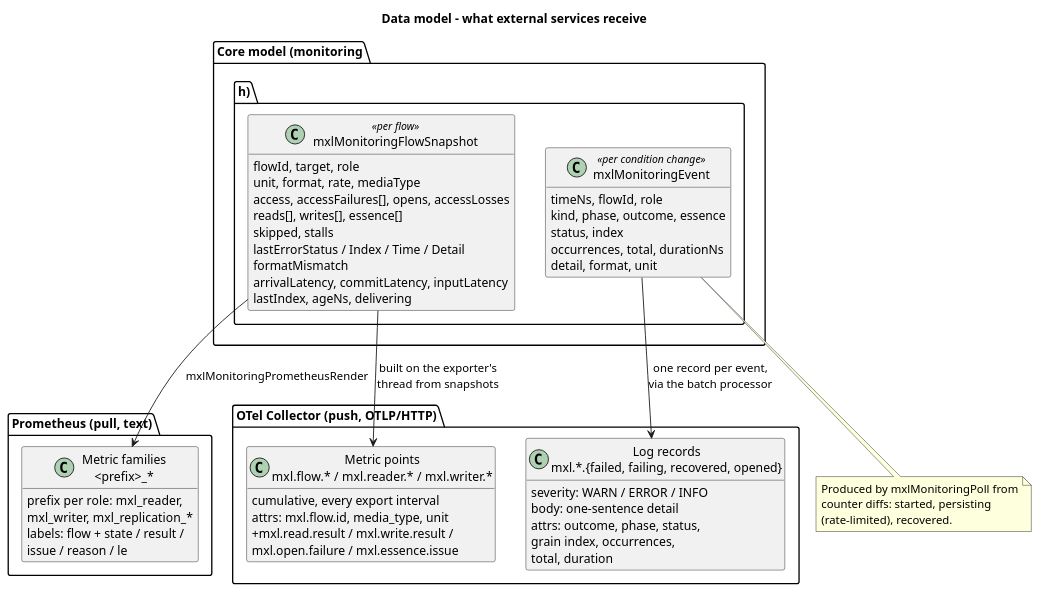
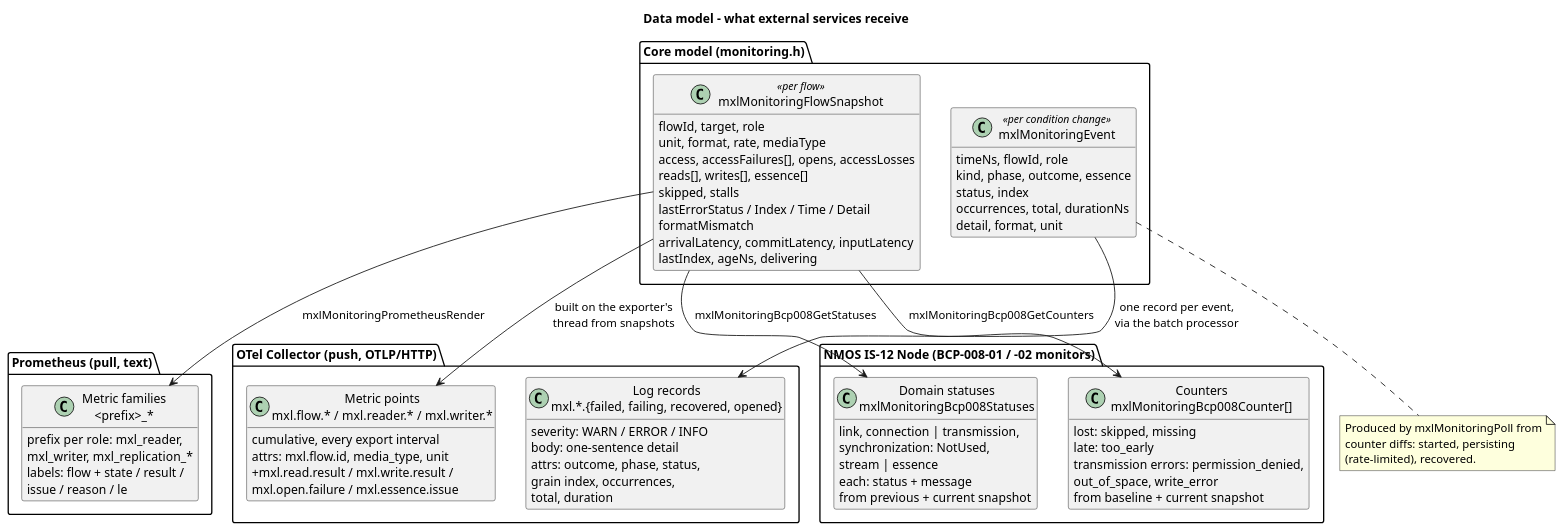
One commit to marquies/libmxl-monitoring changed the diagram in docs/data-model.puml. Above: the diagram before and after it, drawn with PlantUML. The commit also changed 1 other file, not shown here.

Commit message:
docs: show the NMOS export in the data model
The data model listed Prometheus and OTLP as what leaves the process,
but bcp008.h hands an IS-12 Node a third shape built from the same
snapshots: the BCP-008-01 and BCP-008-02 domain statuses, judged on two
snapshots of one flow, and the lost, late and transmission error
counters, counted from a baseline. The section and the diagram name
each monitor property and counter with its snapshot source, and what
stays with the Node.

The diagram no longer splits the core model package at the dot of its
header name.

```diff
--- a/docs/data-model.puml
+++ b/docs/data-model.puml
@@ -1,61 +1,81 @@
 @startuml
 title Data model - what external services receive
 skinparam classAttributeIconSize 0
+set separator none
 hide empty methods
 
 package "Core model (monitoring.h)" {
   class mxlMonitoringFlowSnapshot <<per flow>> {
     flowId, target, role
     unit, format, rate, mediaType
     access, accessFailures[], opens, accessLosses
     reads[], writes[], essence[]
     skipped, stalls
     lastErrorStatus / Index / Time / Detail
     formatMismatch
     arrivalLatency, commitLatency, inputLatency
     lastIndex, ageNs, delivering
   }
   class mxlMonitoringEvent <<per condition change>> {
     timeNs, flowId, role
     kind, phase, outcome, essence
     status, index
     occurrences, total, durationNs
     detail, format, unit
   }
 }
 
 package "Prometheus (pull, text)" {
   class "Metric families\n<prefix>_*" as Prom {
     prefix per role: mxl_reader,
     mxl_writer, mxl_replication_*
     labels: flow + state / result /
     issue / reason / le
   }
 }
 
 package "OTel Collector (push, OTLP/HTTP)" {
   class "Metric points\nmxl.flow.* / mxl.reader.* / mxl.writer.*" as OtlpM {
     cumulative, every export interval
     attrs: mxl.flow.id, media_type, unit
     + mxl.read.result / mxl.write.result /
     mxl.open.failure / mxl.essence.issue
   }
   class "Log records\nmxl.*.{failed, failing, recovered, opened}" as OtlpL {
     severity: WARN / ERROR / INFO
     body: one-sentence detail
     attrs: outcome, phase, status,
     grain index, occurrences,
     total, duration
   }
 }
 
+package "NMOS IS-12 Node (BCP-008-01 / -02 monitors)" {
+  class "Domain statuses\nmxlMonitoringBcp008Statuses" as NmosS {
+    link, connection | transmission,
+    synchronization: NotUsed,
+    stream | essence
+    each: status + message
+    from previous + current snapshot
+  }
+  class "Counters\nmxlMonitoringBcp008Counter[]" as NmosC {
+    lost: skipped, missing
+    late: too_early
+    transmission errors: permission_denied,
+    out_of_space, write_error
+    from baseline + current snapshot
+  }
+}
+
+mxlMonitoringFlowSnapshot --> NmosS : mxlMonitoringBcp008GetStatuses
+mxlMonitoringFlowSnapshot --> NmosC : mxlMonitoringBcp008GetCounters
 mxlMonitoringFlowSnapshot --> Prom : mxlMonitoringPrometheusRender
 mxlMonitoringFlowSnapshot --> OtlpM : built on the exporter's\nthread from snapshots
 mxlMonitoringEvent --> OtlpL : one record per event,\nvia the batch processor
 
 note bottom of mxlMonitoringEvent
   Produced by mxlMonitoringPoll from
   counter diffs: started, persisting
   (rate-limited), recovered.
 end note
 @enduml
```
